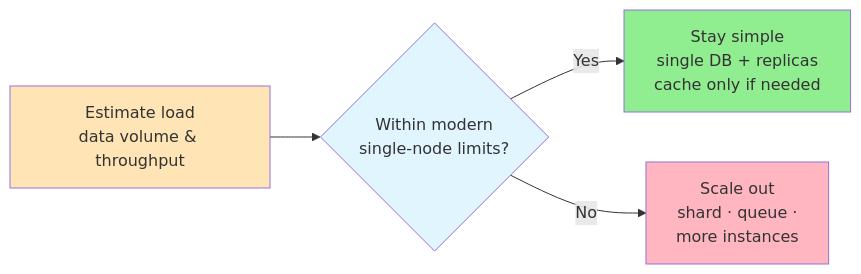
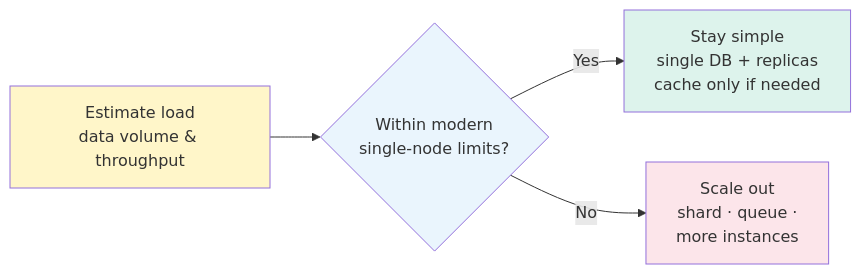
Before and after one commit to cartmancodes/InterviewVault: the diagram in LLD/SystemDesign/CoreConcepts/NumbersToKnow.md, drawn with Mermaid. The commit also changed 679 other files, not shown here.

Commit message:
Unify content diagrams and add accessible visual walkthroughs

````diff
--- a/LLD/SystemDesign/CoreConcepts/NumbersToKnow.md
+++ b/LLD/SystemDesign/CoreConcepts/NumbersToKnow.md
@@ -48,11 +48,11 @@
 ```mermaid
 graph LR
     E["Estimate load<br/>data volume &amp; throughput"] --> C{"Within modern<br/>single-node limits?"}
     C -->|Yes| S["Stay simple<br/>single DB + replicas<br/>cache only if needed"]
     C -->|No| X["Scale out<br/>shard · queue ·<br/>more instances"]
 
-    style E fill:#FFE4B5
-    style C fill:#e1f5ff
-    style S fill:#90EE90
-    style X fill:#FFB6C1
+    style E fill:#FFF6C9
+    style C fill:#EAF5FD
+    style S fill:#DDF3EC
+    style X fill:#FCE5EA
 ```
````
